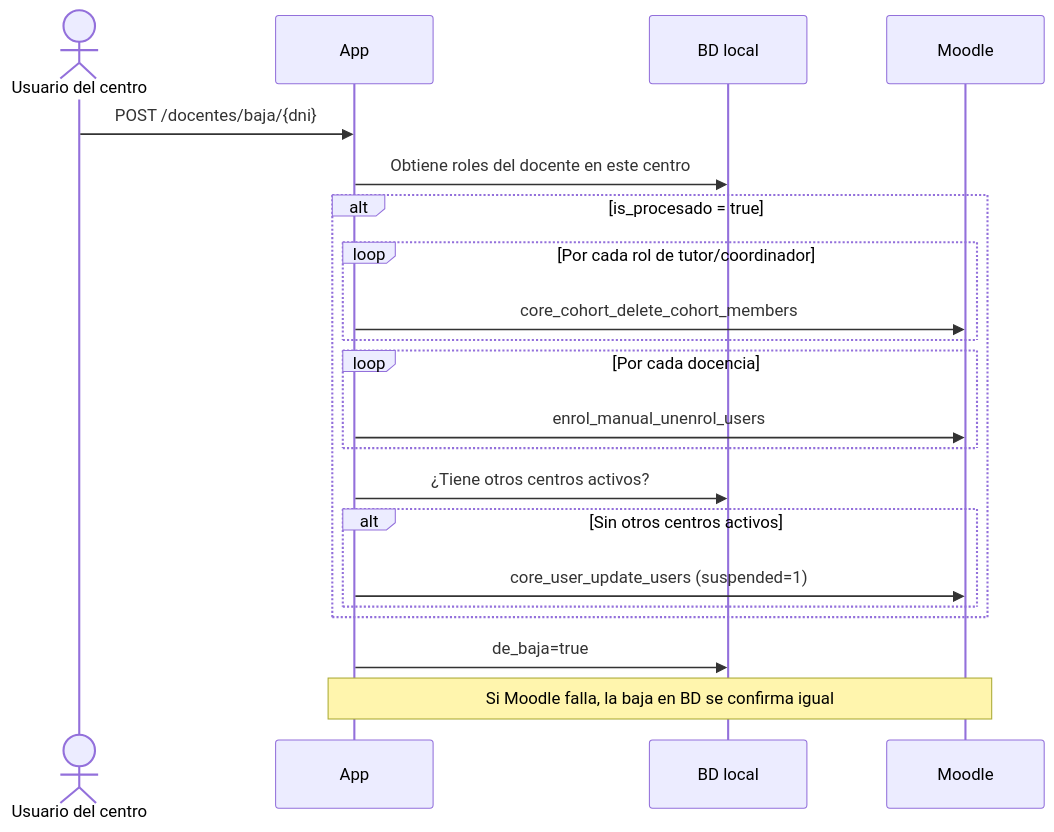
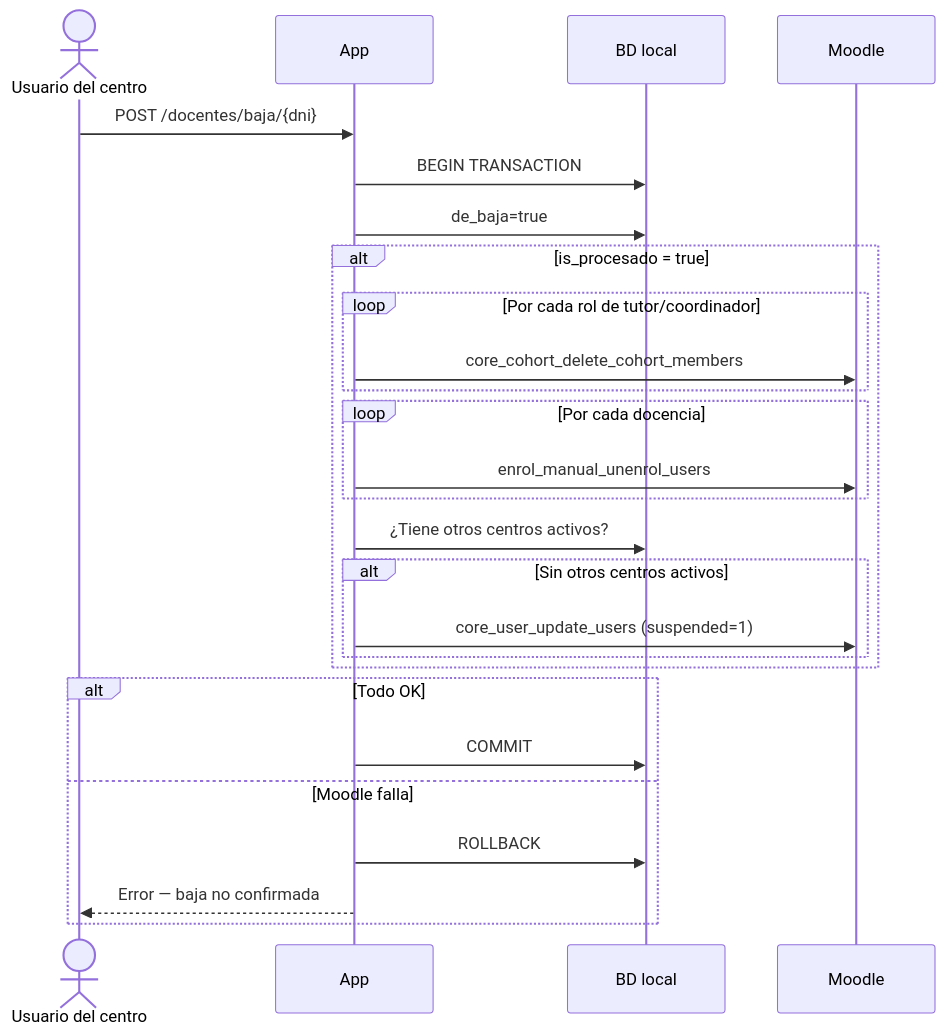
One commit to rsvisu/CD_fpVirtualGestionDocentes changed the third of 4 diagrams in docs/MOODLE.md. Above: the diagram before and after it, drawn with Mermaid. The commit also changed other lines of this file, not shown here.

Commit message:
docs(moodle): corregir diagramas y descripciones para reflejar comportamiento atómico

````diff
--- a/docs/MOODLE.md
+++ b/docs/MOODLE.md
@@ -106,26 +109,31 @@
 ```mermaid
 sequenceDiagram
     actor Usuario as Usuario del centro
     participant App
     participant BD as BD local
     participant Moodle
 
     Usuario->>App: POST /docentes/baja/{dni}
-    App->>BD: Obtiene roles del docente en este centro
+    App->>BD: BEGIN TRANSACTION
+    App->>BD: de_baja=true
 
     alt is_procesado = true
         loop Por cada rol de tutor/coordinador
             App->>Moodle: core_cohort_delete_cohort_members
         end
         loop Por cada docencia
             App->>Moodle: enrol_manual_unenrol_users
         end
         App->>BD: ¿Tiene otros centros activos?
         alt Sin otros centros activos
             App->>Moodle: core_user_update_users (suspended=1)
         end
     end
 
-    App->>BD: de_baja=true
-    Note over App,Moodle: Si Moodle falla, la baja en BD se confirma igual
+    alt Todo OK
+        App->>BD: COMMIT
+    else Moodle falla
+        App->>BD: ROLLBACK
+        App-->>Usuario: Error — baja no confirmada
+    end
 ```
````
